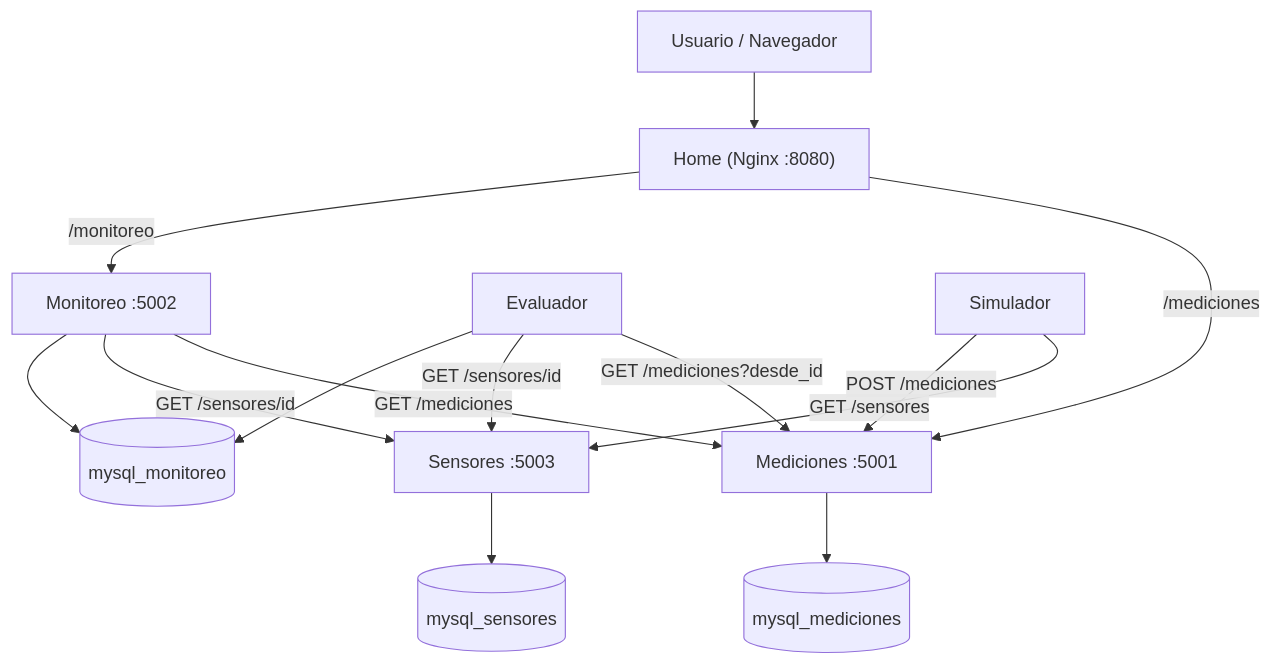
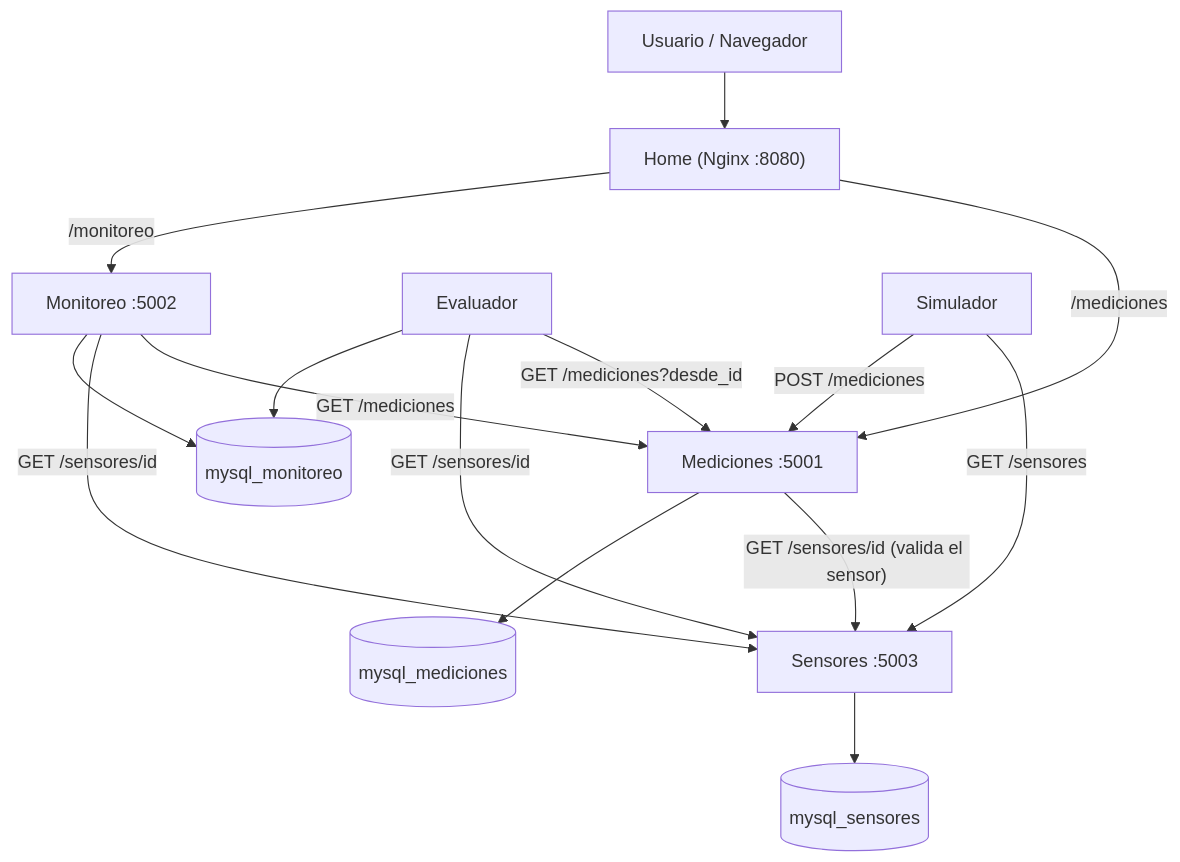
One commit to ngcddev/Sistema-Distribuido-de-Monitoreo-IoT-Simulado changed the diagram in README.md. Above: the diagram before and after it, drawn with Mermaid. The commit also changed other lines of this file and 40 other files, not shown here.

````diff
--- a/README.md
+++ b/README.md
@@ -37,16 +37,17 @@
 ```mermaid
 flowchart TD
     U[Usuario / Navegador] --> H["Home (Nginx :8080)"]
     H -- "/mediciones" --> M["Mediciones :5001"]
     H -- "/monitoreo" --> MO["Monitoreo :5002"]
     MO -- "GET /mediciones" --> M
     MO -- "GET /sensores/id" --> S["Sensores :5003"]
+    M -- "GET /sensores/id (valida el sensor)" --> S
     EV[Evaluador] -- "GET /mediciones?desde_id" --> M
     EV -- "GET /sensores/id" --> S
     EV --> DBMO
     SIM[Simulador] -- "GET /sensores" --> S
     SIM -- "POST /mediciones" --> M
     M --> DBM[("mysql_mediciones")]
     S --> DBS[("mysql_sensores")]
     MO --> DBMO[("mysql_monitoreo")]
 ```
````
